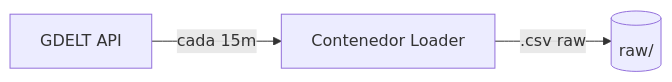
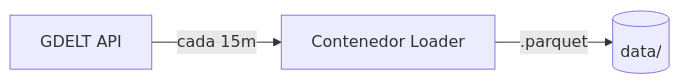
One commit to Abraham2106/26s1-ic4302-p2 changed the first of 5 diagrams in resumen.md. Above: the diagram before and after it, drawn with Mermaid. The commit also changed other lines of this file, not shown here.

````diff
--- a/resumen.md
+++ b/resumen.md
@@ -32,5 +31,5 @@
 ```mermaid
 flowchart LR
     GDELT[GDELT API] -->|cada 15m| Loader[Contenedor Loader]
-    Loader -->|.csv raw| Raw[(raw/)]
+    Loader -->|.parquet| Data[(data/)]
 ```
````
